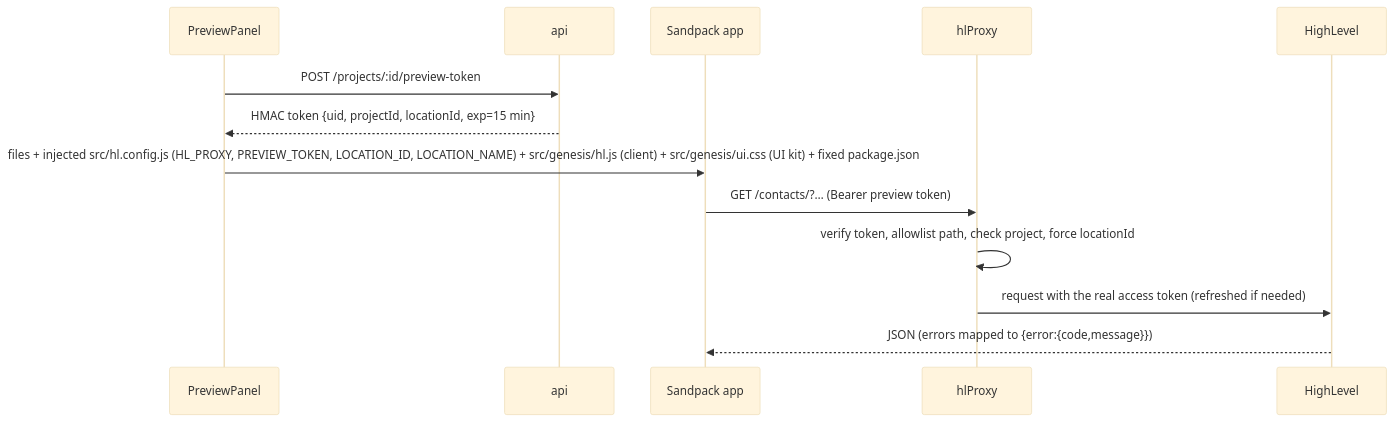
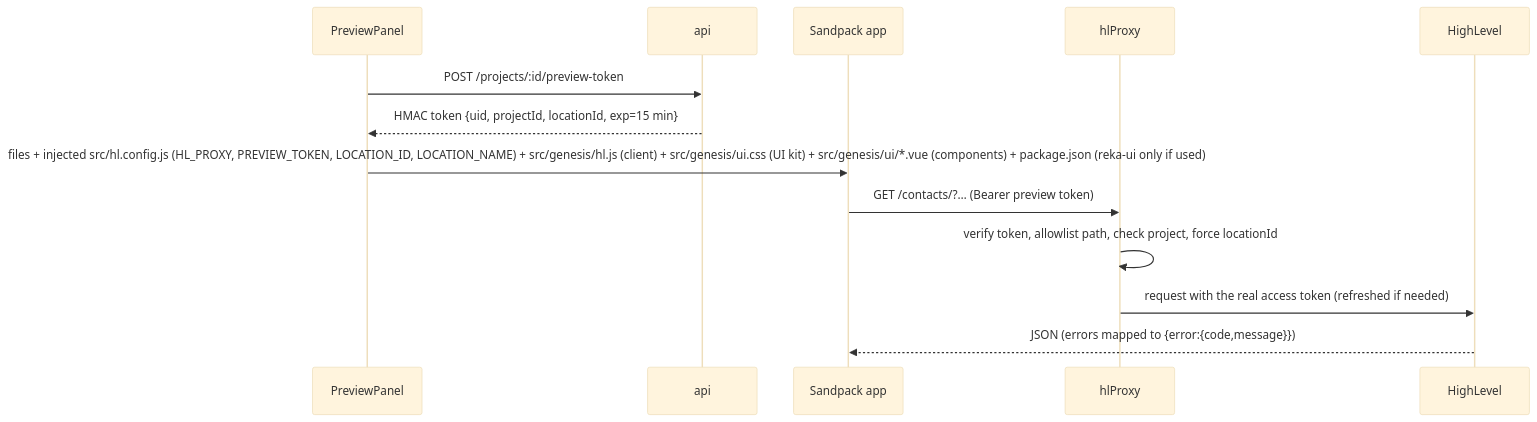
One commit to nirmalbenny/genesis changed the sixth of 6 diagrams in docs/ARCHITECTURE.md. Above: the diagram before and after it, drawn with Mermaid (base theme). The commit also changed other lines of this file and 118 other files, not shown here.

First line of the commit message:
Genesis look and shadcn-style components for generated apps (#7)

````diff
--- a/docs/ARCHITECTURE.md
+++ b/docs/ARCHITECTURE.md
@@ -624,15 +624,15 @@
 ```mermaid
 sequenceDiagram
   participant P as PreviewPanel
   participant API as api
   participant SB as Sandpack app
   participant PX as hlProxy
   participant HL as HighLevel
   P->>API: POST /projects/:id/preview-token
   API-->>P: HMAC token {uid, projectId, locationId, exp=15 min}
-  P->>SB: files + injected src/hl.config.js (HL_PROXY, PREVIEW_TOKEN, LOCATION_ID, LOCATION_NAME) + src/genesis/hl.js (client) + src/genesis/ui.css (UI kit) + fixed package.json
+  P->>SB: files + injected src/hl.config.js (HL_PROXY, PREVIEW_TOKEN, LOCATION_ID, LOCATION_NAME) + src/genesis/hl.js (client) + src/genesis/ui.css (UI kit) + src/genesis/ui/*.vue (components) + package.json (reka-ui only if used)
   SB->>PX: GET /contacts/?… (Bearer preview token)
   PX->>PX: verify token, allowlist path, check project, force locationId
   PX->>HL: request with the real access token (refreshed if needed)
   HL-->>SB: JSON (errors mapped to {error:{code,message}})
 ```
````
